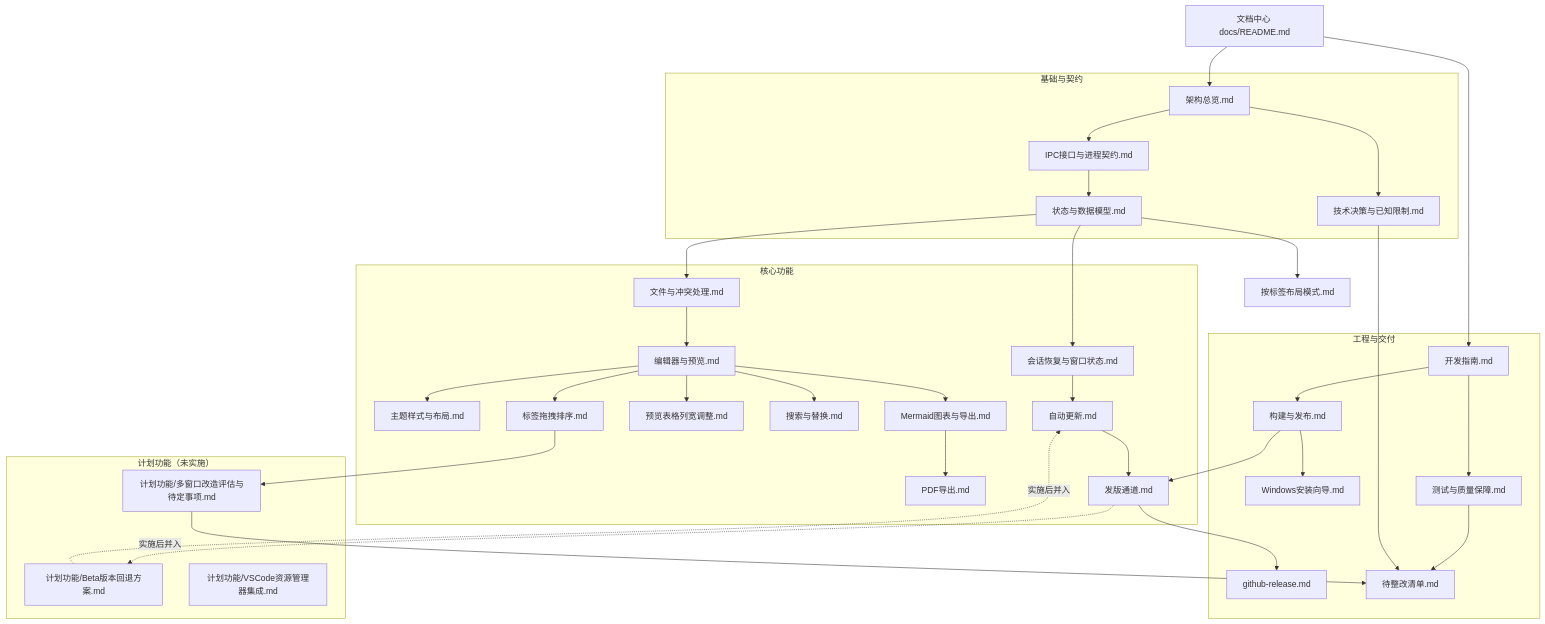
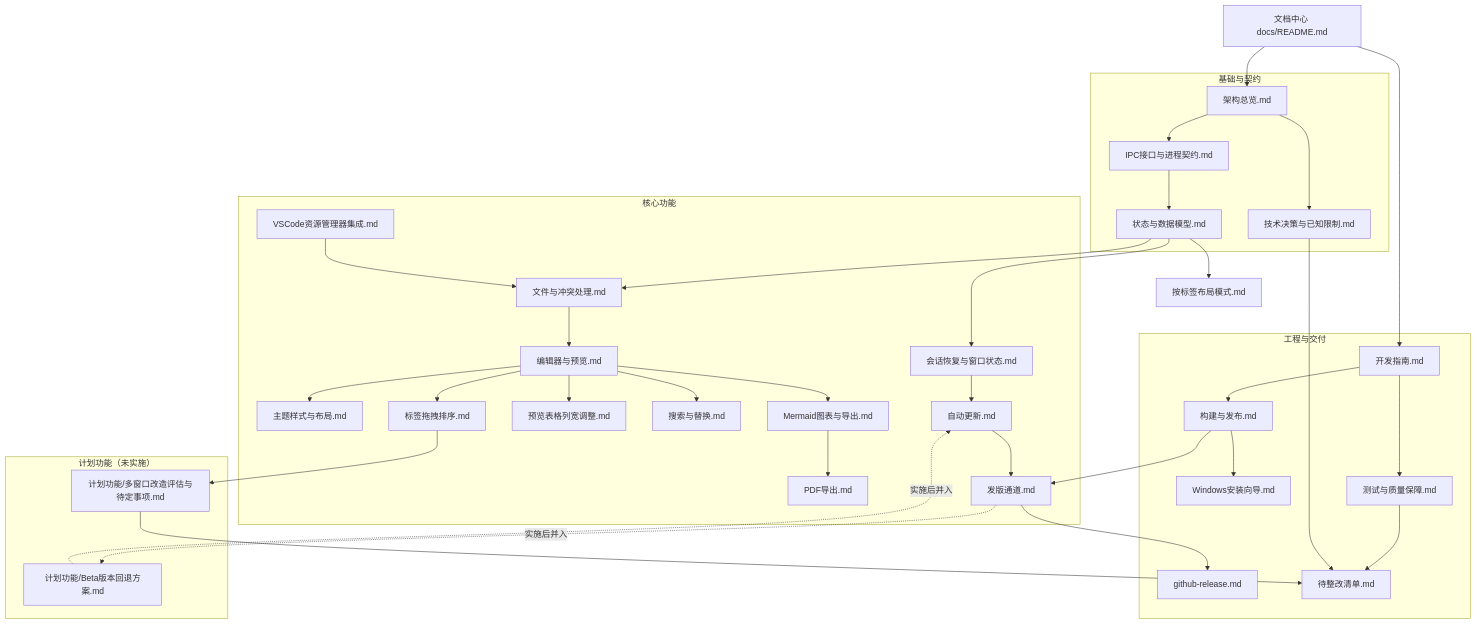
The diagram in docs/README.md (Harley-xk/mark-it), drawn with Mermaid before and after one commit. The commit also changed other lines of this file and 16 other files, not shown here.

````diff
--- a/docs/README.md
+++ b/docs/README.md
@@ -14,69 +14,70 @@
 ```mermaid
 flowchart TD
   IDX["文档中心 docs/README.md"]
 
   subgraph 基础与契约
     ARCH["架构总览.md"]
     DEC["技术决策与已知限制.md"]
     IPC["IPC接口与进程契约.md"]
     DATA["状态与数据模型.md"]
   end
 
   subgraph 核心功能
     FILE["文件与冲突处理.md"]
     SESSION["会话恢复与窗口状态.md"]
     EDIT["编辑器与预览.md"]
     THEME["主题样式与布局.md"]
     MERMAID["Mermaid图表与导出.md"]
     PDF["PDF导出.md"]
     TABLE["预览表格列宽调整.md"]
     SEARCH["搜索与替换.md"]
     TABORDER["标签拖拽排序.md"]
     UPDATE["自动更新.md"]
     CHANNEL["发版通道.md"]
+    VSCODE["VSCode资源管理器集成.md"]
   end
 
   subgraph 工程与交付
     BUILD["构建与发布.md"]
     INSTALLER["Windows安装向导.md"]
     RELEASE["github-release.md"]
     DEV["开发指南.md"]
     QA["测试与质量保障.md"]
     TODO["待整改清单.md"]
   end
 
   subgraph PLANNED["计划功能（未实施）"]
     MULTI["计划功能/多窗口改造评估与待定事项.md"]
     ROLLBACK["计划功能/Beta版本回退方案.md"]
-    VSCODE["计划功能/VSCode资源管理器集成.md"]
   end
 
   IDX --> ARCH
   IDX --> DEV
   ARCH --> DEC
   ARCH --> IPC
   IPC --> DATA
   DATA --> FILE
   DATA --> SESSION
   DATA --> LAYOUT["按标签布局模式.md"]
   FILE --> EDIT
   EDIT --> THEME
   EDIT --> MERMAID
   EDIT --> TABLE
   EDIT --> SEARCH
   EDIT --> TABORDER
   MERMAID --> PDF
   SESSION --> UPDATE
   UPDATE --> CHANNEL
+  VSCODE --> FILE
   DEV --> QA
   DEV --> BUILD
   BUILD --> INSTALLER
   BUILD --> CHANNEL
   CHANNEL --> RELEASE
   QA --> TODO
   DEC --> TODO
   TABORDER --> MULTI
   MULTI --> TODO
   CHANNEL -. "实施后并入" .-> ROLLBACK
   ROLLBACK -. "实施后并入" .-> UPDATE
 ```
````
